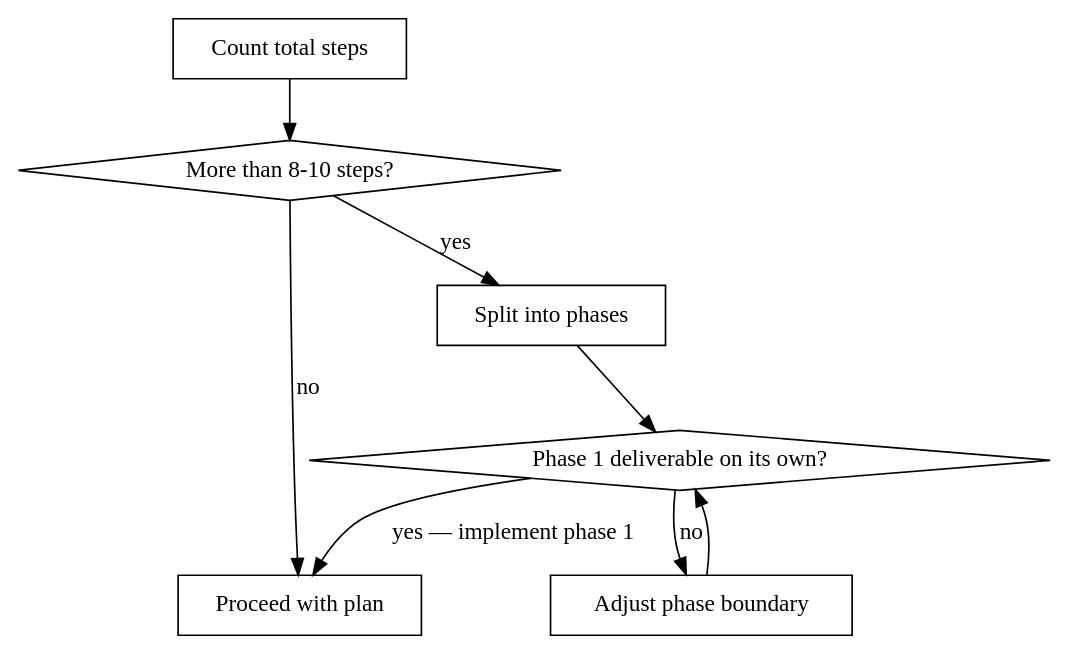
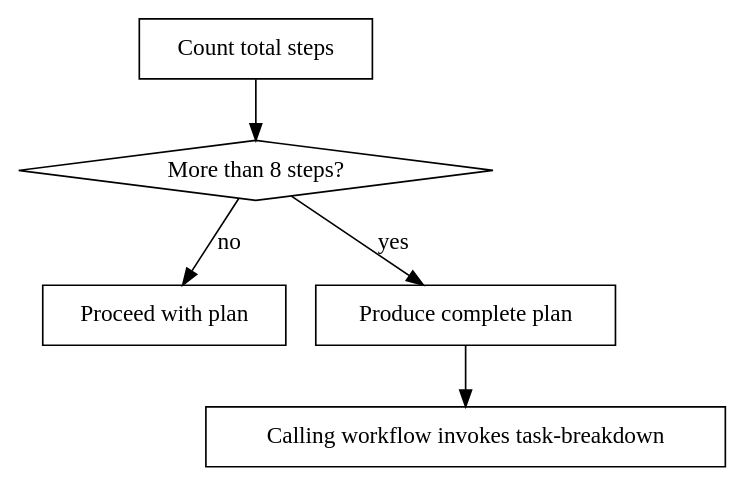
Before and after one commit to thermiteau/maverick: the second of 2 diagrams in skills/create-implementation-plan/SKILL.md, drawn with Graphviz. The commit also changed other lines of this file and 20 other files, not shown here.

First line of the commit message:
feat: add task-breakdown skill for decomposing large implementation plans

````diff
--- a/skills/create-implementation-plan/SKILL.md
+++ b/skills/create-implementation-plan/SKILL.md
@@ -107,18 +107,14 @@
 ```dot
 digraph scope {
     "Count total steps" [shape=box];
-    "More than 8-10 steps?" [shape=diamond];
+    "More than 8 steps?" [shape=diamond];
     "Proceed with plan" [shape=box];
-    "Split into phases" [shape=box];
-    "Phase 1 deliverable on its own?" [shape=diamond];
-    "Adjust phase boundary" [shape=box];
+    "Produce complete plan" [shape=box];
+    "Calling workflow invokes task-breakdown" [shape=box];
 
-    "Count total steps" -> "More than 8-10 steps?";
-    "More than 8-10 steps?" -> "Proceed with plan" [label="no"];
-    "More than 8-10 steps?" -> "Split into phases" [label="yes"];
-    "Split into phases" -> "Phase 1 deliverable on its own?";
-    "Phase 1 deliverable on its own?" -> "Proceed with plan" [label="yes — implement phase 1"];
-    "Phase 1 deliverable on its own?" -> "Adjust phase boundary" [label="no"];
-    "Adjust phase boundary" -> "Phase 1 deliverable on its own?";
+    "Count total steps" -> "More than 8 steps?";
+    "More than 8 steps?" -> "Proceed with plan" [label="no"];
+    "More than 8 steps?" -> "Produce complete plan" [label="yes"];
+    "Produce complete plan" -> "Calling workflow invokes task-breakdown";
 }
 ```
````
